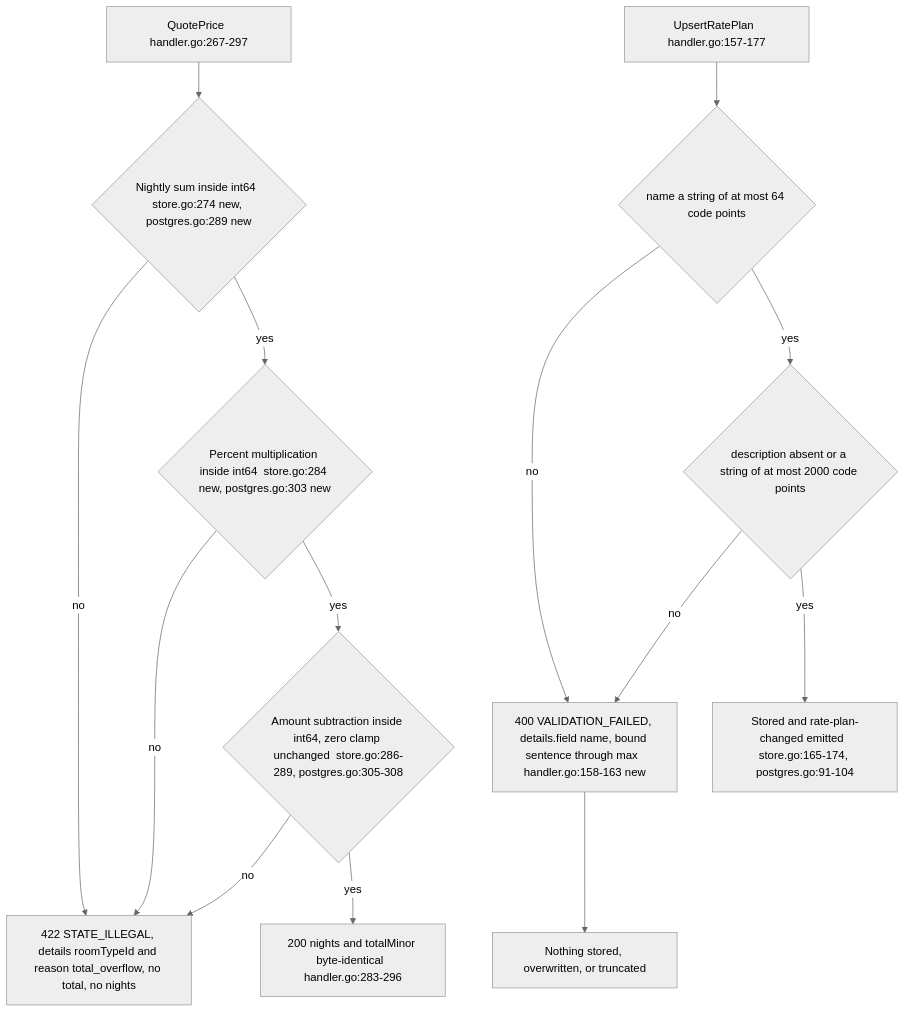
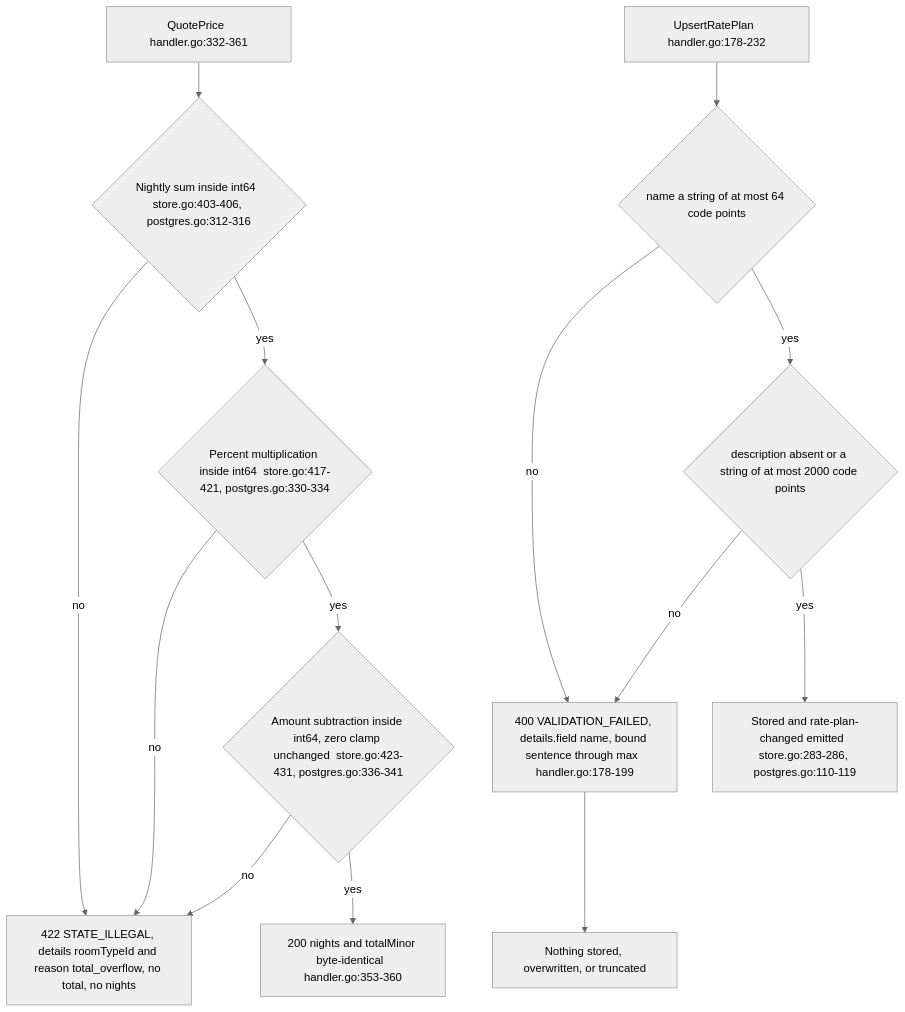
One commit to MingChen1501/hotel-mgmt changed the fifth of 5 diagrams in docs/architecture/services/rates.md. Above: the diagram before and after it, drawn with Mermaid (neutral theme). The commit also changed other lines of this file and 25 other files, not shown here.

````diff
--- a/docs/architecture/services/rates.md
+++ b/docs/architecture/services/rates.md
@@ -162,16 +162,16 @@
 ```mermaid
 flowchart TD
-    A[QuotePrice  handler.go:267-297] --> B{Nightly sum inside int64  store.go:274 new, postgres.go:289 new}
+    A[QuotePrice  handler.go:332-361] --> B{Nightly sum inside int64  store.go:403-406, postgres.go:312-316}
     B -- no --> R1[422 STATE_ILLEGAL, details roomTypeId and reason total_overflow, no total, no nights]
-    B -- yes --> C{Percent multiplication inside int64  store.go:284 new, postgres.go:303 new}
+    B -- yes --> C{Percent multiplication inside int64  store.go:417-421, postgres.go:330-334}
     C -- no --> R1
-    C -- yes --> D{Amount subtraction inside int64, zero clamp unchanged  store.go:286-289, postgres.go:305-308}
+    C -- yes --> D{Amount subtraction inside int64, zero clamp unchanged  store.go:423-431, postgres.go:336-341}
     D -- no --> R1
-    D -- yes --> E[200 nights and totalMinor byte-identical  handler.go:283-296]
-    F[UpsertRatePlan  handler.go:157-177] --> G{name a string of at most 64 code points}
-    G -- no --> R2[400 VALIDATION_FAILED, details.field name, bound sentence through max  handler.go:158-163 new]
+    D -- yes --> E[200 nights and totalMinor byte-identical  handler.go:353-360]
+    F[UpsertRatePlan  handler.go:178-232] --> G{name a string of at most 64 code points}
+    G -- no --> R2[400 VALIDATION_FAILED, details.field name, bound sentence through max  handler.go:178-199]
     G -- yes --> H{description absent or a string of at most 2000 code points}
     H -- no --> R2
-    H -- yes --> I[Stored and rate-plan-changed emitted  store.go:165-174, postgres.go:91-104]
+    H -- yes --> I[Stored and rate-plan-changed emitted  store.go:283-286, postgres.go:110-119]
     R2 --> N[Nothing stored, overwritten, or truncated]
 ```
````
